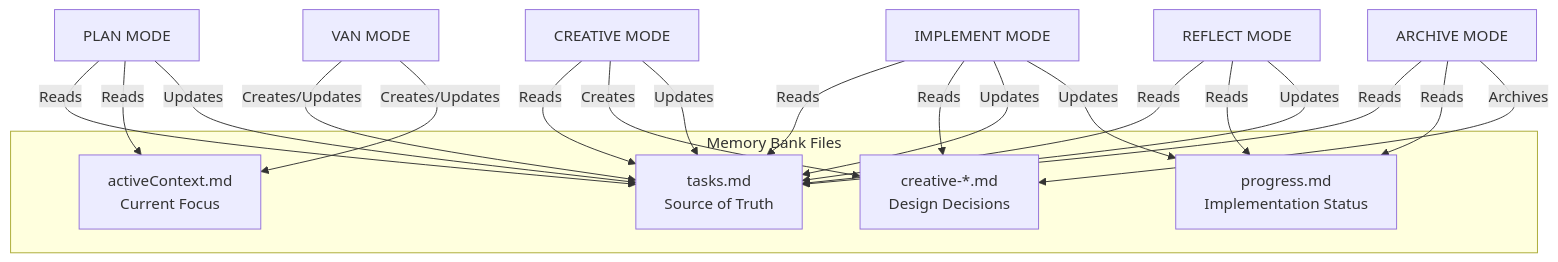
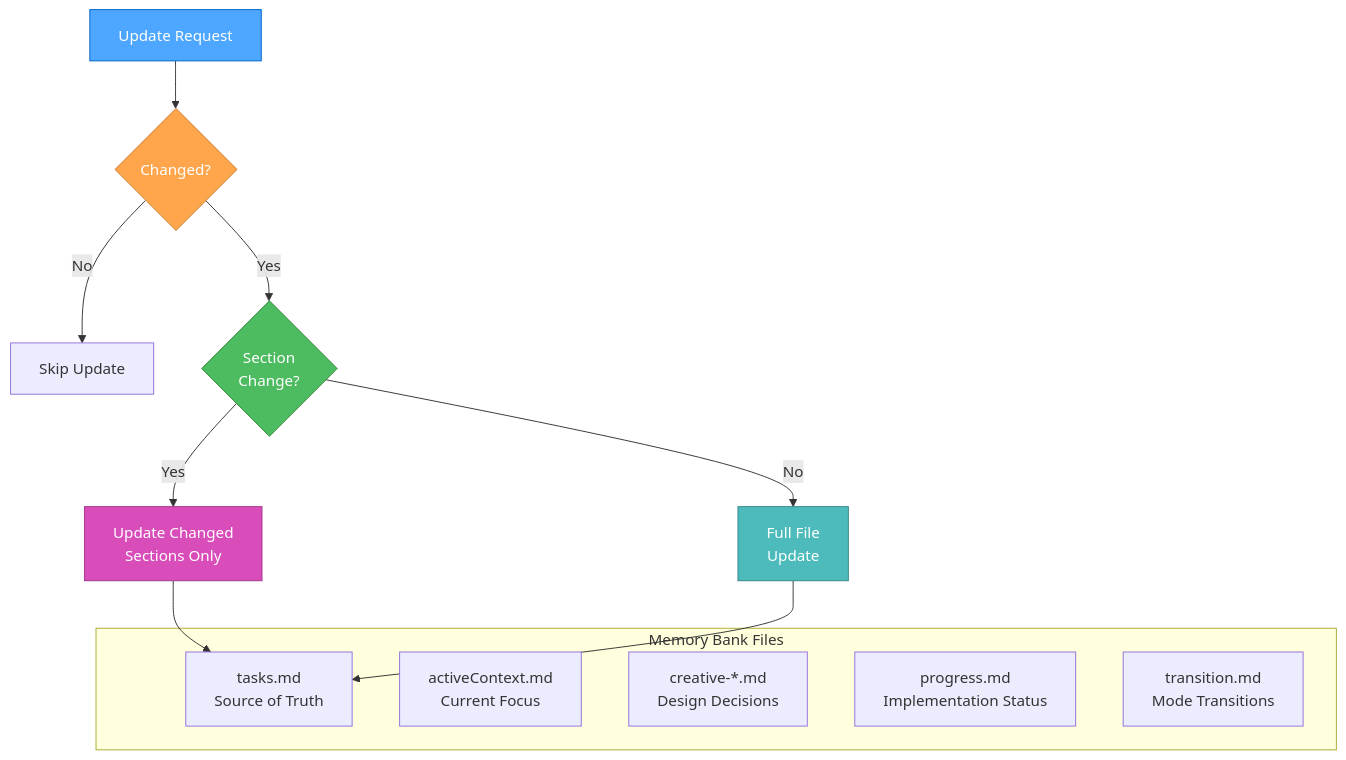
Before and after one commit to bradcstevens/github-copilot-agent-mode-starter-kit: the sixth of 6 diagrams in .github/instructions/memory-bank/isolation_instructions/main.instructions.md, drawn with Mermaid. The commit also changed other lines of this file and 14 other files, not shown here.

````diff
--- a/.github/instructions/memory-bank/isolation_instructions/main.instructions.md
+++ b/.github/instructions/memory-bank/isolation_instructions/main.instructions.md
@@ -77,33 +146,25 @@
 ```mermaid
 graph TD
     subgraph "Memory Bank Files"
         tasks["tasks.md<br>Source of Truth"]
         active["activeContext.md<br>Current Focus"]
         creative["creative-*.md<br>Design Decisions"]
         progress["progress.md<br>Implementation Status"]
+        transition["transition.md<br>Mode Transitions"]
     end
     
-    VAN["VAN MODE"] -->|"Creates/Updates"| tasks
-    VAN -->|"Creates/Updates"| active
+    Update["Update Request"] --> Diff{"Changed?"}
+    Diff -->|"No"| Skip["Skip Update"]
+    Diff -->|"Yes"| Section{"Section<br>Change?"}
+    Section -->|"Yes"| Partial["Update Changed<br>Sections Only"]
+    Section -->|"No"| Full["Full File<br>Update"]
     
-    PLAN["PLAN MODE"] -->|"Reads"| tasks
-    PLAN -->|"Reads"| active
-    PLAN -->|"Updates"| tasks
+    Partial --> tasks
+    Full --> tasks
     
-    Creative["CREATIVE MODE"] -->|"Reads"| tasks
-    Creative -->|"Creates"| creative
-    Creative -->|"Updates"| tasks
-    
-    Implement["IMPLEMENT MODE"] -->|"Reads"| tasks
-    Implement -->|"Reads"| creative
-    Implement -->|"Updates"| tasks
-    Implement -->|"Updates"| progress
-    
-    Reflect["REFLECT MODE"] -->|"Reads"| tasks
-    Reflect -->|"Reads"| progress
-    Reflect -->|"Updates"| tasks
-    
-    Archive["ARCHIVE MODE"] -->|"Reads"| tasks
-    Archive -->|"Reads"| progress
-    Archive -->|"Archives"| creative
+    style Update fill:#4da6ff,stroke:#0066cc,color:white
+    style Diff fill:#ffa64d,stroke:#cc7a30,color:white
+    style Section fill:#4dbb5f,stroke:#36873f,color:white
+    style Partial fill:#d94dbb,stroke:#a3378a,color:white
+    style Full fill:#4dbbbb,stroke:#368787,color:white
 ```
````
